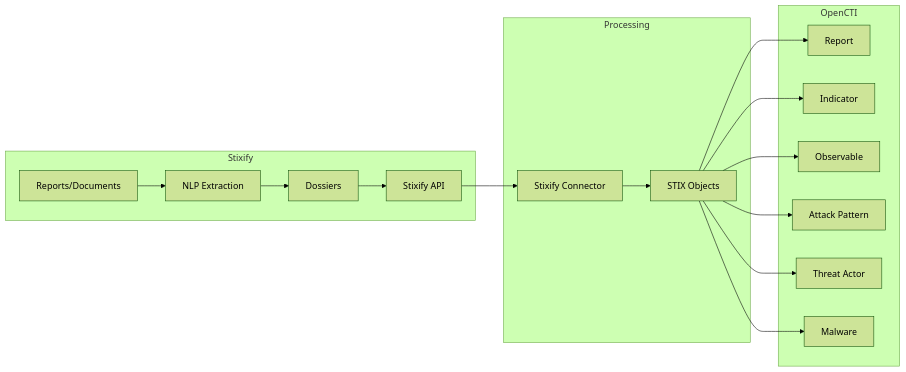
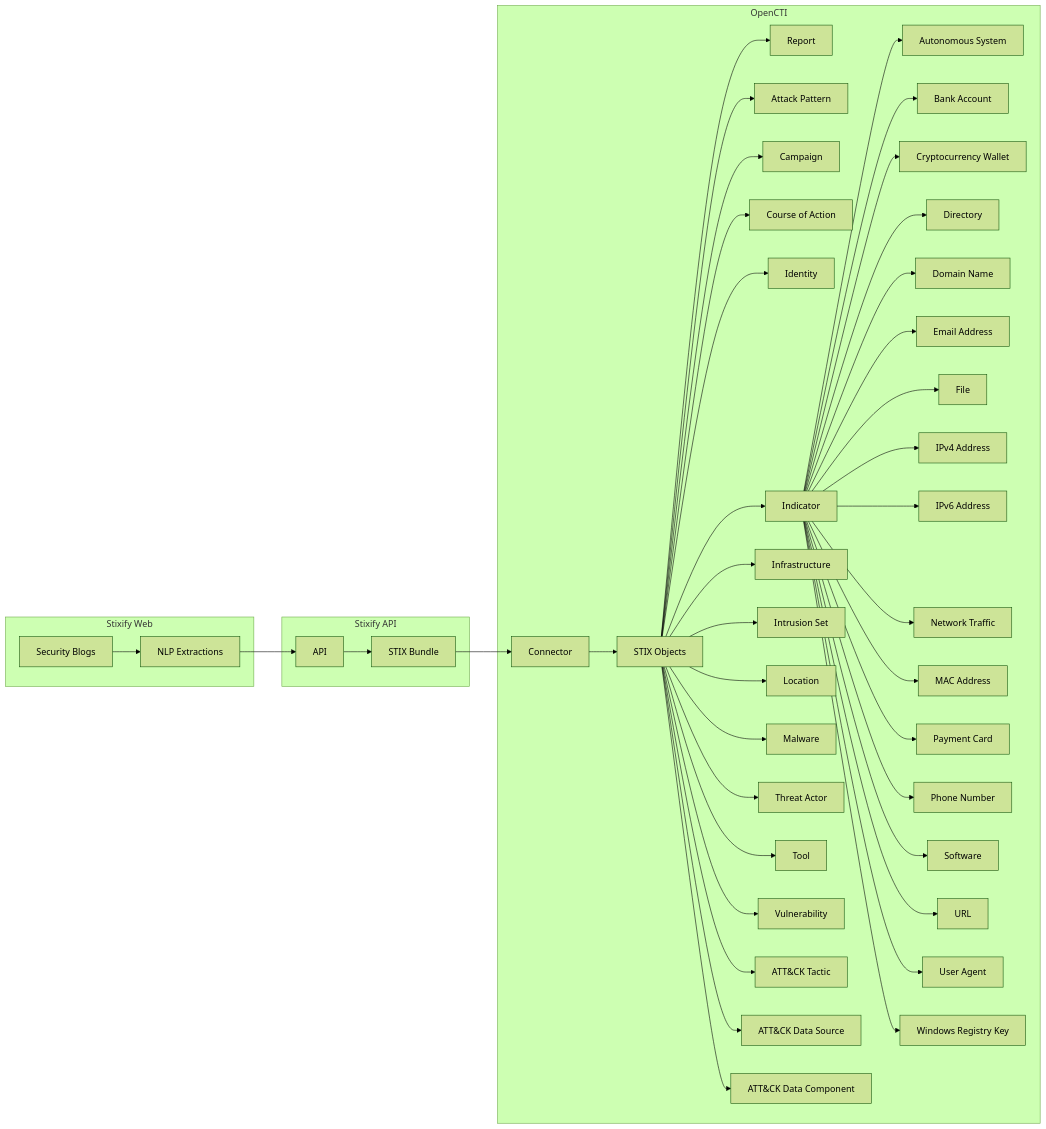
One commit to OpenCTI-Platform/connectors changed the diagram in external-import/dogesec-stixify/README.md. Above: the diagram before and after it, drawn with Mermaid (forest theme). The commit also changed other lines of this file and 10 other files, not shown here.

````diff
--- a/external-import/dogesec-stixify/README.md
+++ b/external-import/dogesec-stixify/README.md
@@ -125,27 +136,63 @@
 ```mermaid
 graph LR
-    subgraph Stixify
-        Reports[Reports/Documents]
-        API[Stixify API]
-        NLP[NLP Extraction]
-        Dossiers[Dossiers]
+    %% Box 1: Stixify Web
+    subgraph Stixify_Web["Stixify Web"]
+        Blogs[Security Blogs]
+        NLP[NLP Extractions]
+        Blogs --> NLP
+    end
+
+    %% Box 2: Stixify API
+    subgraph Stixify_API["Stixify API"]
+        API[API]
+        Bundle[STIX Bundle]
+        API --> Bundle
     end
     
-    Reports --> NLP
-    NLP --> Dossiers
-    Dossiers --> API
-    
-    subgraph Processing
-        API --> Connector[Stixify Connector]
-        Connector --> STIX[STIX Objects]
+    %% Box 3: OpenCTI
+    subgraph OpenCTI["OpenCTI"]
+        Connector[Connector]
+        STIX[STIX Objects]
+
+        Connector --> STIX
+        STIX --> report[Report]
+        STIX --> attack-pattern[Attack Pattern]
+        STIX --> campaign[Campaign]
+        STIX --> course-of-action[Course of Action]
+        STIX --> identity[Identity]
+        STIX --> indicator[Indicator]
+        STIX --> infrastructure[Infrastructure]
+        STIX --> intrusion-set[Intrusion Set]
+        STIX --> location[Location]
+        STIX --> malware[Malware]
+        STIX --> threat-actor[Threat Actor]
+        STIX --> tool[Tool]
+        STIX --> vulnerability[Vulnerability]
+        STIX --> x-mitre-tactic[ATT&CK Tactic]
+        STIX --> x-mitre-data-source[ATT&CK Data Source]
+        STIX --> x-mitre-data-component[ATT&CK Data Component]
+
+        indicator --> autonomous-system[Autonomous System]
+        indicator --> bank-account[Bank Account]
+        indicator --> cryptocurrency-wallet[Cryptocurrency Wallet]
+        indicator --> directory[Directory]
+        indicator --> domain-name[Domain Name]
+        indicator --> email-addr[Email Address]
+        indicator --> file[File]
+        indicator --> ipv4-addr[IPv4 Address]
+        indicator --> ipv6-addr[IPv6 Address]
+        indicator --> network-traffic[Network Traffic]
+        indicator --> mac-addr[MAC Address]
+        indicator --> payment-card[Payment Card]
+        indicator --> phone-number[Phone Number]
+        indicator --> software[Software]
+        indicator --> url[URL]
+        indicator --> user-agent[User Agent]
+        indicator --> windows-registry-key[Windows Registry Key]
     end
-    
-    subgraph OpenCTI
-        STIX --> Report[Report]
-        STIX --> Indicator[Indicator]
-        STIX --> Observable[Observable]
-        STIX --> AttackPattern[Attack Pattern]
-        STIX --> ThreatActor[Threat Actor]
-        STIX --> Malware[Malware]
-    end
+
+    %% Cross-section flow
+    NLP --> API
+    Bundle --> Connector
+
 ```
````
